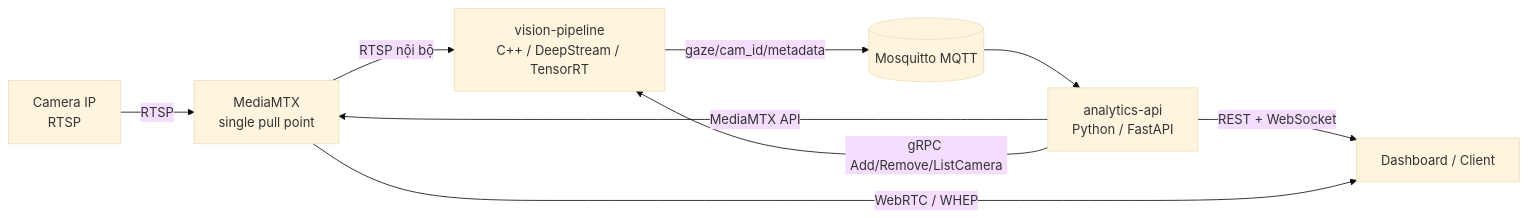
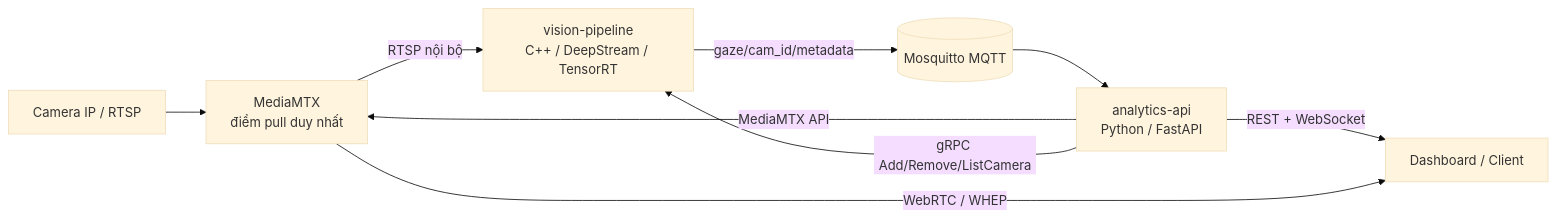
One commit to quanganh2k4/head-pose-estimation changed the diagram in README.vi.md. Above: the diagram before and after it, drawn with Mermaid (base theme). The commit also changed other lines of this file and 1 other file, not shown here.

````diff
--- a/README.vi.md
+++ b/README.vi.md
@@ -26,11 +38,11 @@
-```mermaid
+~~~mermaid
 flowchart LR
-    Camera[Camera IP<br/>RTSP] -->|RTSP| MTX[MediaMTX<br/>single pull point]
+    Camera[Camera IP / RTSP] --> MTX[MediaMTX<br/>điểm pull duy nhất]
     MTX -->|RTSP nội bộ| Vision[vision-pipeline<br/>C++ / DeepStream / TensorRT]
     Vision -->|gaze/cam_id/metadata| MQTT[(Mosquitto MQTT)]
     MQTT --> Analytics[analytics-api<br/>Python / FastAPI]
     Analytics -->|REST + WebSocket| Client[Dashboard / Client]
     MTX -->|WebRTC / WHEP| Client
     Analytics -->|MediaMTX API| MTX
     Analytics -->|gRPC Add/Remove/ListCamera| Vision
-```
+~~~
````
